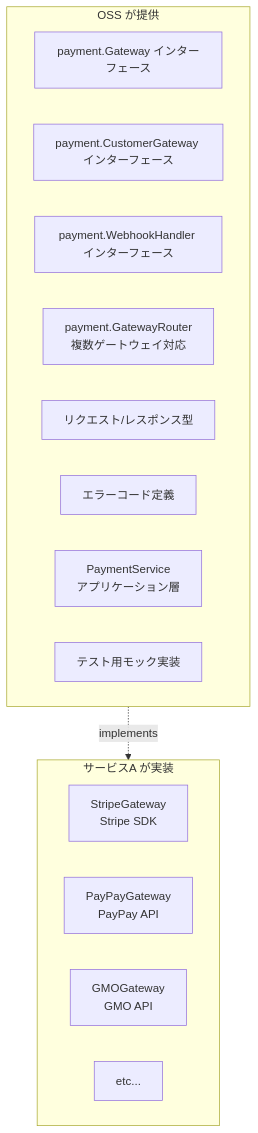
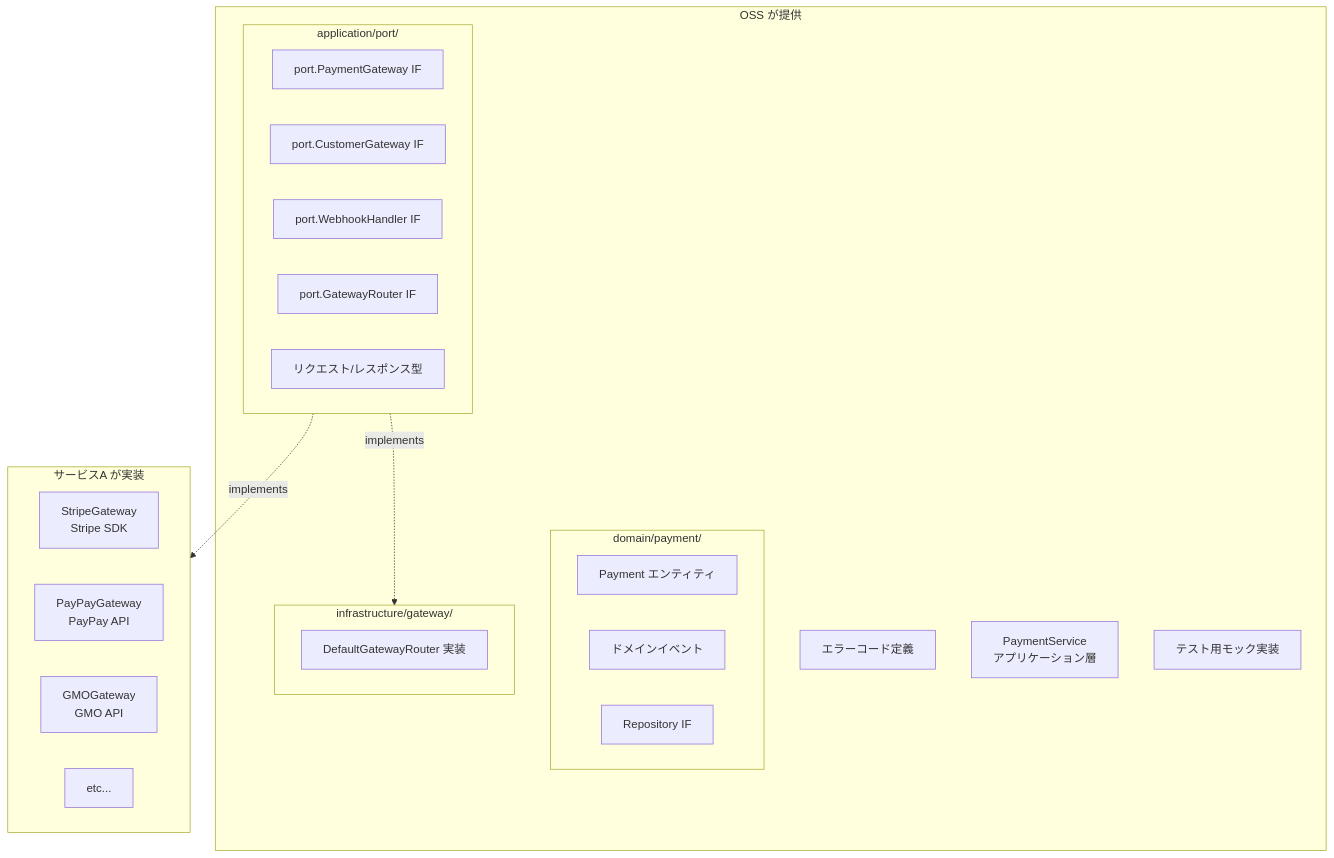
The third of 3 diagrams in docs/design/payment-gateway.md (contract-to-cash/core), drawn with Mermaid before and after one commit. The commit also changed other lines of this file and 4 other files, not shown here.

````diff
--- a/docs/design/payment-gateway.md
+++ b/docs/design/payment-gateway.md
@@ -1738,22 +1782,33 @@
 ```mermaid
 graph TB
     subgraph OSS[OSS が提供]
-        GW[payment.Gateway インターフェース]
-        CGW[payment.CustomerGateway インターフェース]
-        WH[payment.WebhookHandler インターフェース]
-        GR[payment.GatewayRouter<br/>複数ゲートウェイ対応]
-        RT[リクエスト/レスポンス型]
+        subgraph PortLayer[application/port/]
+            GW[port.PaymentGateway IF]
+            CGW[port.CustomerGateway IF]
+            WH[port.WebhookHandler IF]
+            GR[port.GatewayRouter IF]
+            RT[リクエスト/レスポンス型]
+        end
+        subgraph DomainLayer[domain/payment/]
+            ENT[Payment エンティティ]
+            EVT[ドメインイベント]
+            REPO[Repository IF]
+        end
+        subgraph InfraLayer[infrastructure/gateway/]
+            DR[DefaultGatewayRouter 実装]
+        end
         EC[エラーコード定義]
         PS[PaymentService<br/>アプリケーション層]
         TM[テスト用モック実装]
     end
-    
+
     subgraph ServiceImpl[サービスA が実装]
         SG[StripeGateway<br/>Stripe SDK]
         PPG[PayPayGateway<br/>PayPay API]
         GMOG[GMOGateway<br/>GMO API]
         ETC[etc...]
     end
-    
-    OSS -.->|implements| ServiceImpl
+
+    PortLayer -.->|implements| ServiceImpl
+    PortLayer -.->|implements| InfraLayer
 ```
````
